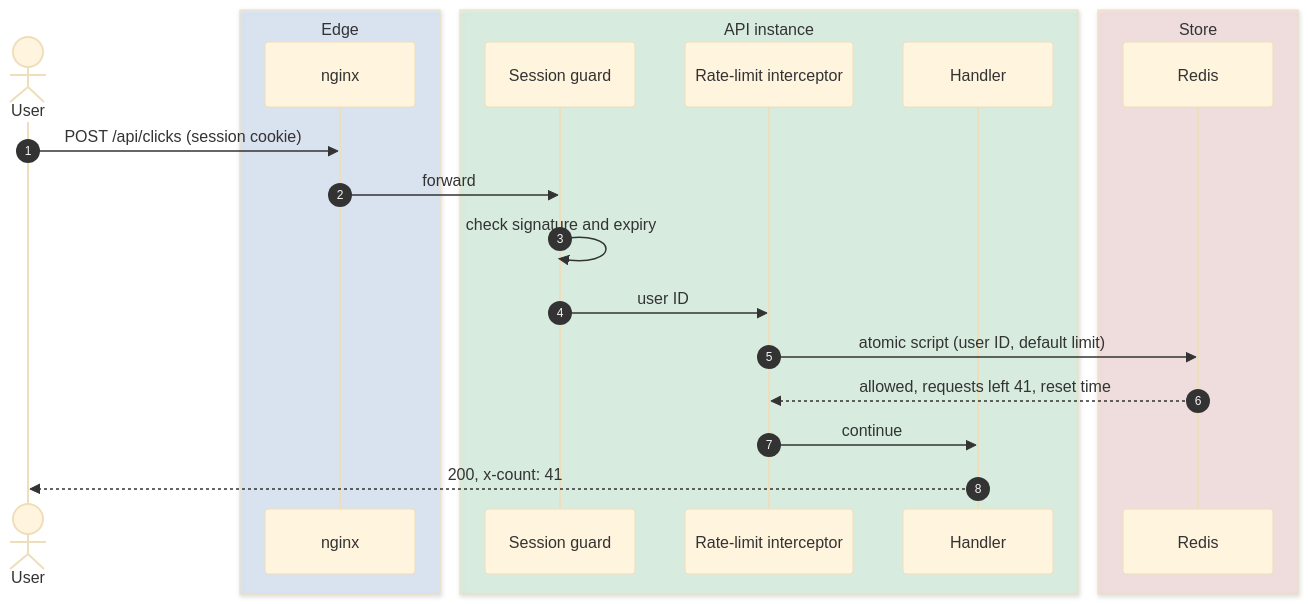
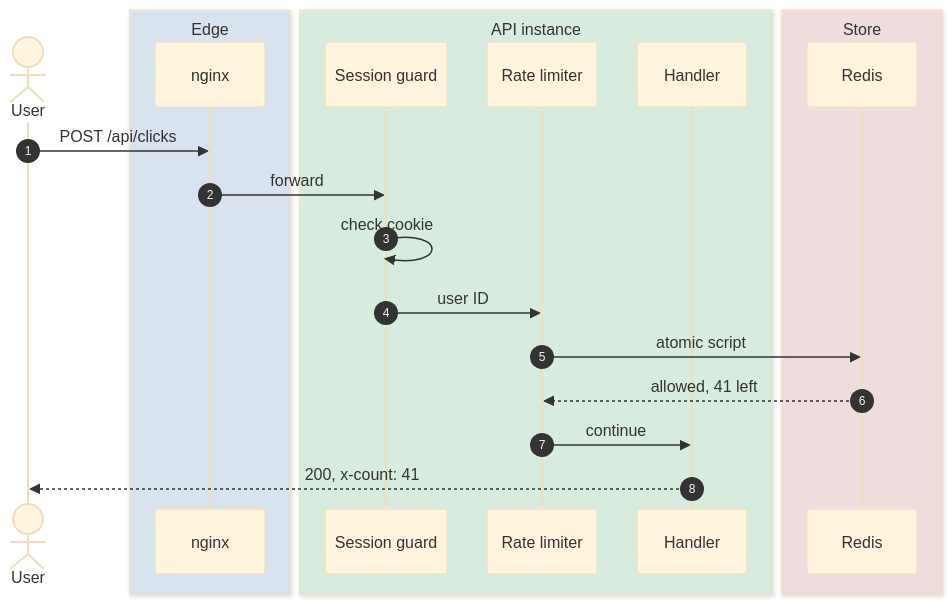
One commit to nitzanto/ratewatch changed the third of 7 diagrams in apps/docs/src/content/docs/architecture/hld.md. Above: the diagram before and after it, drawn with Mermaid (base theme). The commit also changed other lines of this file and 260 other files, not shown here.

````diff
--- a/apps/docs/src/content/docs/architecture/hld.md
+++ b/apps/docs/src/content/docs/architecture/hld.md
@@ -137,24 +137,30 @@
 ```mermaid
+---
+config:
+  sequence:
+    width: 110
+    actorMargin: 40
+---
 sequenceDiagram
   autonumber
   actor U as User
   box rgba(191,219,254,0.35) Edge
     participant N as nginx
   end
   box rgba(187,247,208,0.35) API instance
     participant G as Session guard
-    participant L as Rate-limit interceptor
+    participant L as Rate limiter
     participant H as Handler
   end
   box rgba(254,202,202,0.35) Store
     participant R as Redis
   end
-  U->>N: POST /api/clicks (session cookie)
+  U->>N: POST /api/clicks
   N->>G: forward
-  G->>G: check signature and expiry
+  G->>G: check cookie
   G->>L: user ID
-  L->>R: atomic script (user ID, default limit)
-  R-->>L: allowed, requests left 41, reset time
+  L->>R: atomic script
+  R-->>L: allowed, 41 left
   L->>H: continue
   H-->>U: 200, x-count: 41
 ```
````
